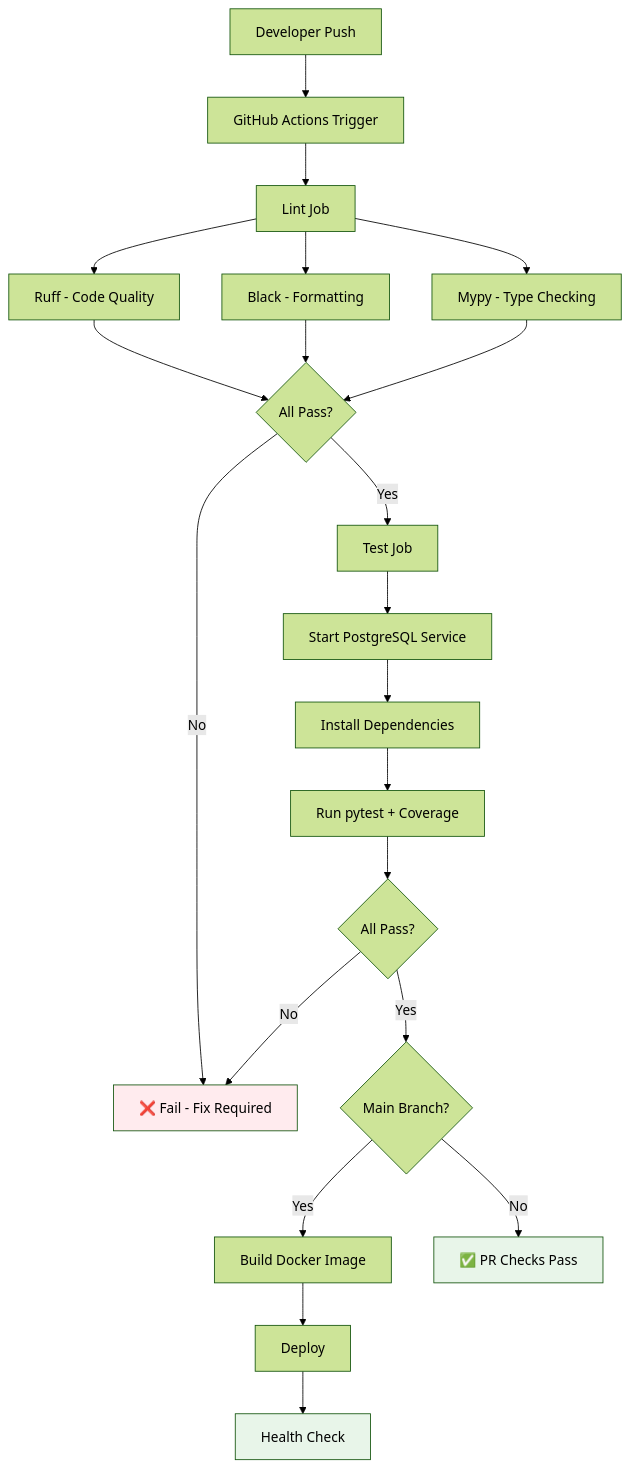
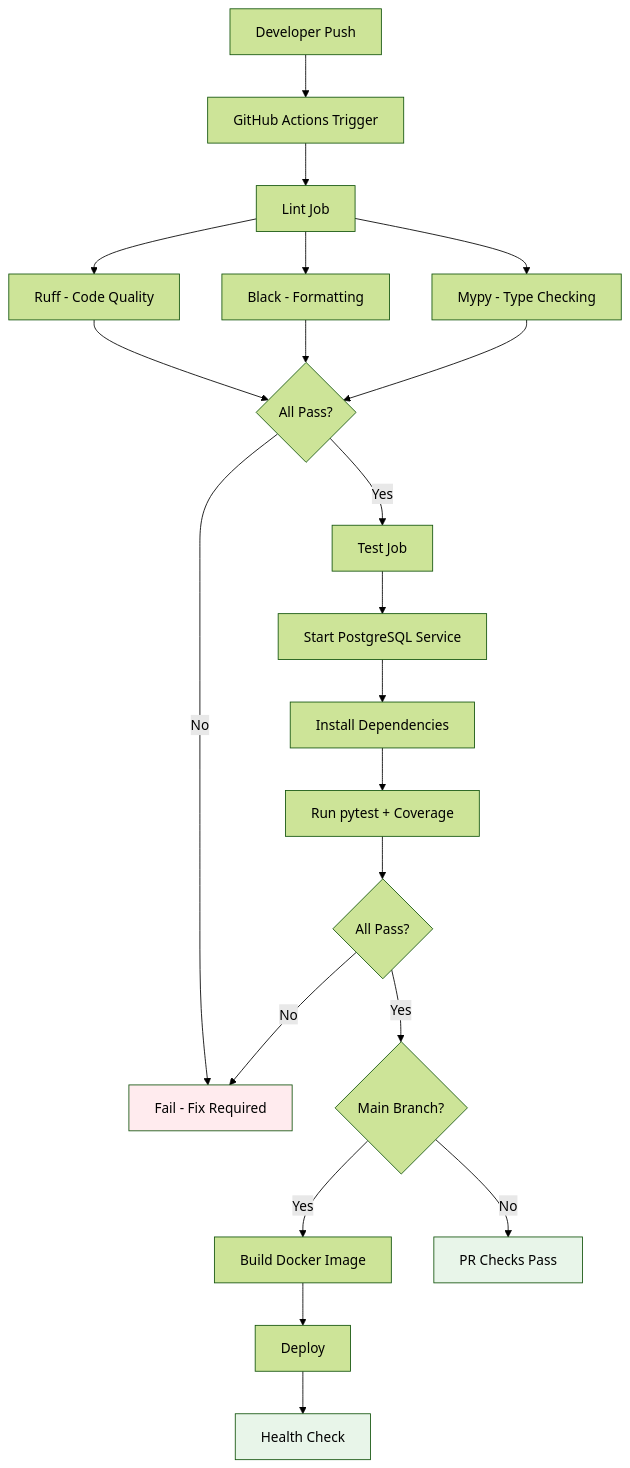
One commit to Samar-365/Financial-Document-Intelligence-RAG-Analytics-Platform changed the second of 3 diagrams in docs/DEVOPS.md. Above: the diagram before and after it, drawn with Mermaid (forest theme). The commit also changed other lines of this file and 19 other files, not shown here.

````diff
--- a/docs/DEVOPS.md
+++ b/docs/DEVOPS.md
@@ -257,25 +257,25 @@
 ```mermaid
 flowchart TD
     A[Developer Push] --> B[GitHub Actions Trigger]
     B --> C[Lint Job]
     C --> C1[Ruff - Code Quality]
     C --> C2[Black - Formatting]
     C --> C3[Mypy - Type Checking]
     C1 & C2 & C3 --> D{All Pass?}
-    D -->|No| E[❌ Fail - Fix Required]
+    D -->|No| E[ Fail - Fix Required]
     D -->|Yes| F[Test Job]
     F --> F1[Start PostgreSQL Service]
     F1 --> F2[Install Dependencies]
     F2 --> F3[Run pytest + Coverage]
     F3 --> G{All Pass?}
     G -->|No| E
     G -->|Yes| H{Main Branch?}
     H -->|Yes| I[Build Docker Image]
-    H -->|No| J[✅ PR Checks Pass]
+    H -->|No| J[ PR Checks Pass]
     I --> K[Deploy]
     K --> L[Health Check]
 
     style E fill:#ffebee
     style J fill:#e8f5e9
     style L fill:#e8f5e9
 ```
````
